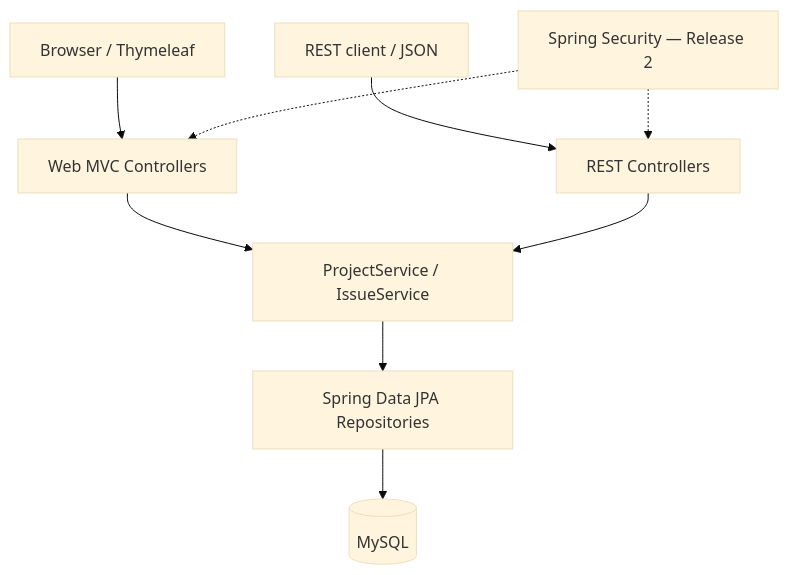
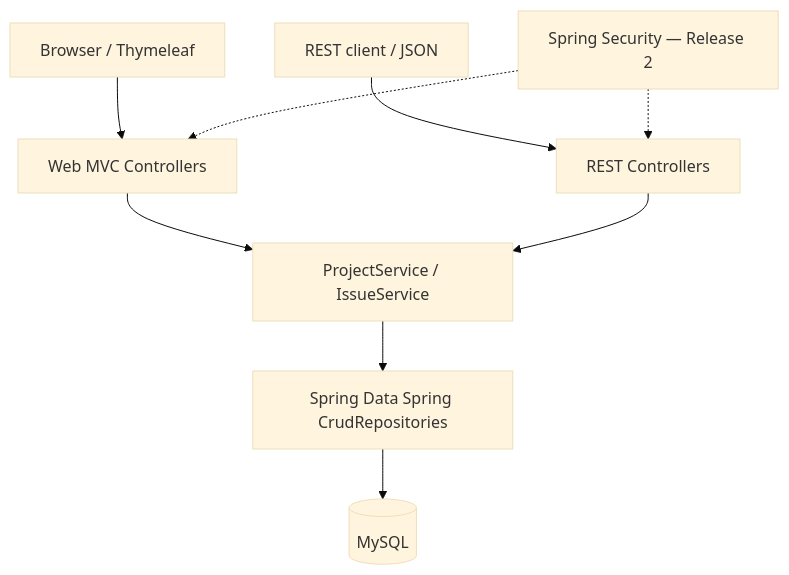
Before and after one commit to Rory-Hughes/SourBeans: the first of 2 diagrams in docs/03-architecture-and-api.md, drawn with Mermaid (base theme). The commit also changed other lines of this file and 4 other files, not shown here.

````diff
--- a/docs/03-architecture-and-api.md
+++ b/docs/03-architecture-and-api.md
@@ -9,11 +9,11 @@
 ```mermaid
 flowchart TD
     Browser[Browser / Thymeleaf] --> Web[Web MVC Controllers]
     Client[REST client / JSON] --> API[REST Controllers]
     Web --> Services[ProjectService / IssueService]
     API --> Services
-    Services --> Repos[Spring Data JPA Repositories]
+    Services --> Repos[Spring Data Spring CrudRepositories]
     Repos --> DB[(MySQL)]
     Auth[Spring Security — Release 2] -.-> Web
     Auth -.-> API
 ```
````
